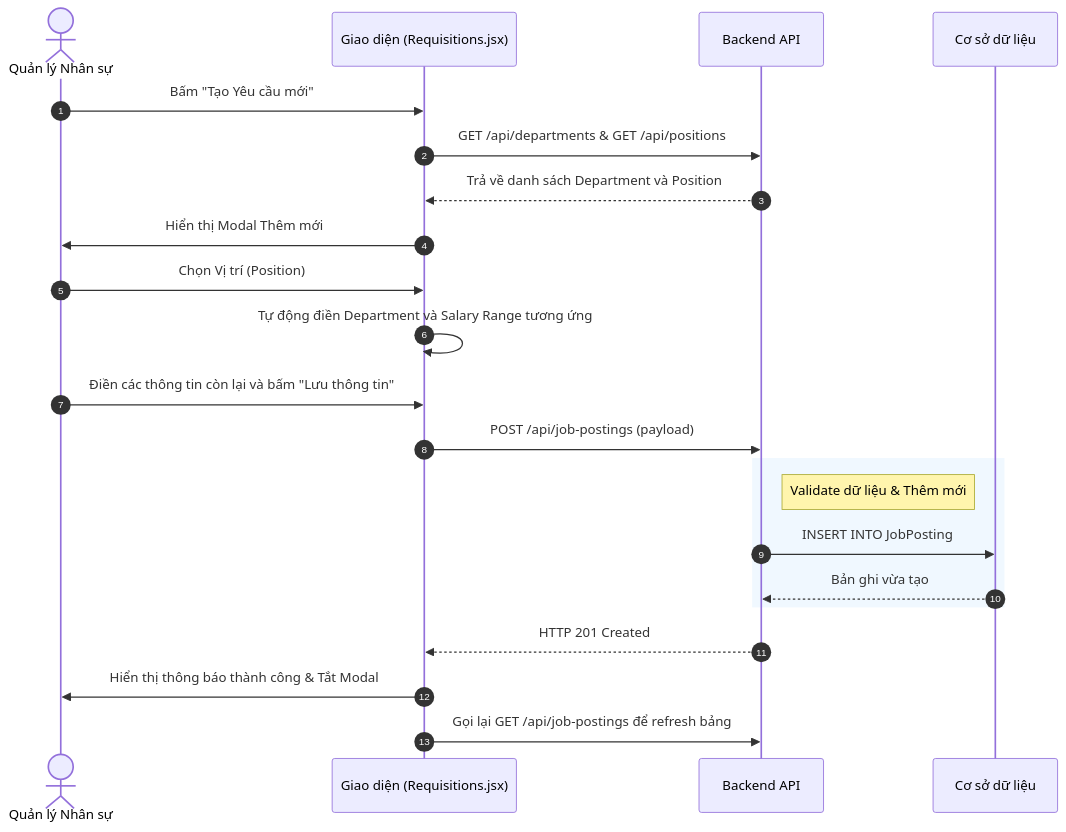
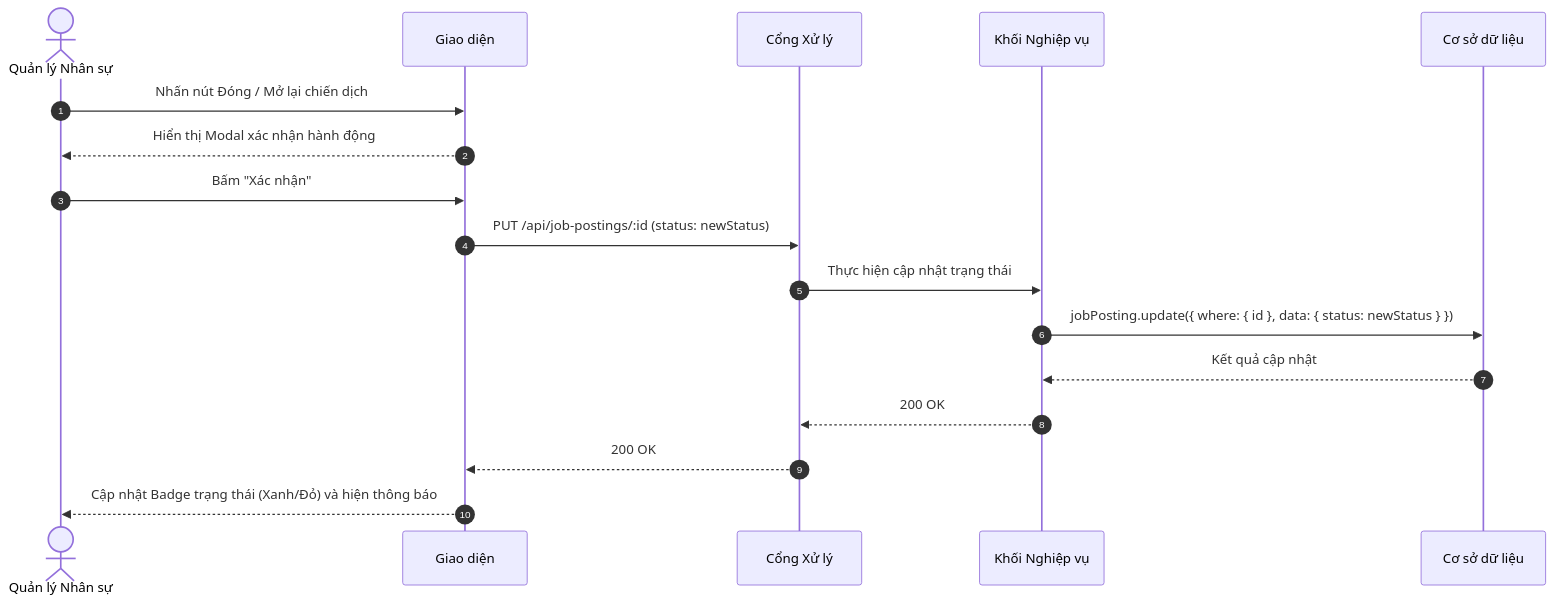
The seventh of 8 diagrams in docs/Tài liệu phân tích nghiệp vụ từng module/Module Tuyển dụng/Chuc-nang-Yeu-cau-Tuyen-dung.md (aye2710/HRM-DATN), drawn with Mermaid before and after one commit. The commit also changed other lines of this file and 27 other files, not shown here.

````diff
--- a/docs/Tài liệu phân tích nghiệp vụ từng module/Module Tuyển dụng/Chuc-nang-Yeu-cau-Tuyen-dung.md
+++ b/docs/Tài liệu phân tích nghiệp vụ từng module/Module Tuyển dụng/Chuc-nang-Yeu-cau-Tuyen-dung.md
@@ -43,29 +278,20 @@
 ```mermaid
 sequenceDiagram
     autonumber
     actor HR as Quản lý Nhân sự
-    participant FE as Giao diện (Requisitions.jsx)
-    participant BE as Backend API
+    participant FE as Giao diện
+    participant API as Cổng Xử lý
+    participant BE as Khối Nghiệp vụ
     participant DB as Cơ sở dữ liệu
 
-    HR->>FE: Bấm "Tạo Yêu cầu mới"
-    FE->>BE: GET /api/departments & GET /api/positions
-    BE-->>FE: Trả về danh sách Department và Position
-    FE->>HR: Hiển thị Modal Thêm mới
-    
-    HR->>FE: Chọn Vị trí (Position)
-    FE->>FE: Tự động điền Department và Salary Range tương ứng
-    HR->>FE: Điền các thông tin còn lại và bấm "Lưu thông tin"
-    
-    FE->>BE: POST /api/job-postings (payload)
-    
-    rect rgb(240, 248, 255)
-        note right of BE: Validate dữ liệu & Thêm mới
-        BE->>DB: INSERT INTO JobPosting
-        DB-->>BE: Bản ghi vừa tạo
-    end
-    
-    BE-->>FE: HTTP 201 Created
-    FE->>HR: Hiển thị thông báo thành công & Tắt Modal
-    FE->>BE: Gọi lại GET /api/job-postings để refresh bảng
+    HR->>FE: Nhấn nút Đóng / Mở lại chiến dịch
+    FE-->>HR: Hiển thị Modal xác nhận hành động
+    HR->>FE: Bấm "Xác nhận"
+    FE->>API: PUT /api/job-postings/:id (status: newStatus)
+    API->>BE: Thực hiện cập nhật trạng thái
+    BE->>DB: jobPosting.update({ where: { id }, data: { status: newStatus } })
+    DB-->>BE: Kết quả cập nhật
+    BE-->>API: 200 OK
+    API-->>FE: 200 OK
+    FE-->>HR: Cập nhật Badge trạng thái (Xanh/Đỏ) và hiện thông báo
 ```
````
